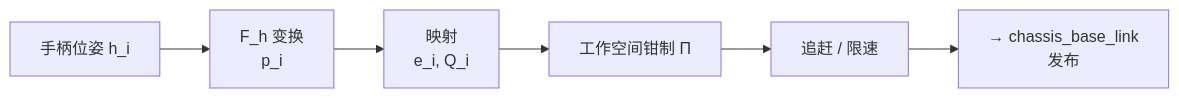
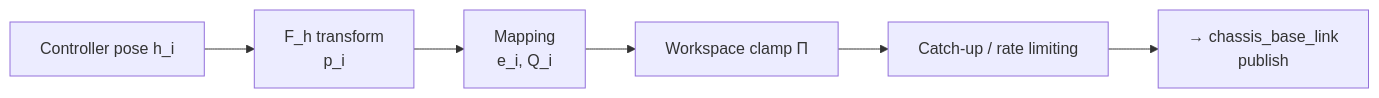
The fifth of 6 diagrams in lookie_teleop/docs/vr_teleop_dev_design.md (AgilexOpensource/lookie_ros), drawn with Mermaid before and after one commit. The commit also changed other lines of this file and 11 other files, not shown here.

````diff
--- a/lookie_teleop/docs/vr_teleop_dev_design.md
+++ b/lookie_teleop/docs/vr_teleop_dev_design.md
@@ -361,4 +345,4 @@
 ```mermaid
 flowchart LR
-    A["手柄位姿 h_i"] --> B["F_h 变换<br/>p_i"] --> C["映射<br/>e_i, Q_i"] --> D["工作空间钳制 Π"] --> E["追赶 / 限速"] --> G["→ chassis_base_link<br/>发布"]
+    A["Controller pose h_i"] --> B["F_h transform<br/>p_i"] --> C["Mapping<br/>e_i, Q_i"] --> D["Workspace clamp Π"] --> E["Catch-up / rate limiting"] --> G["→ chassis_base_link<br/>publish"]
 ```
````
